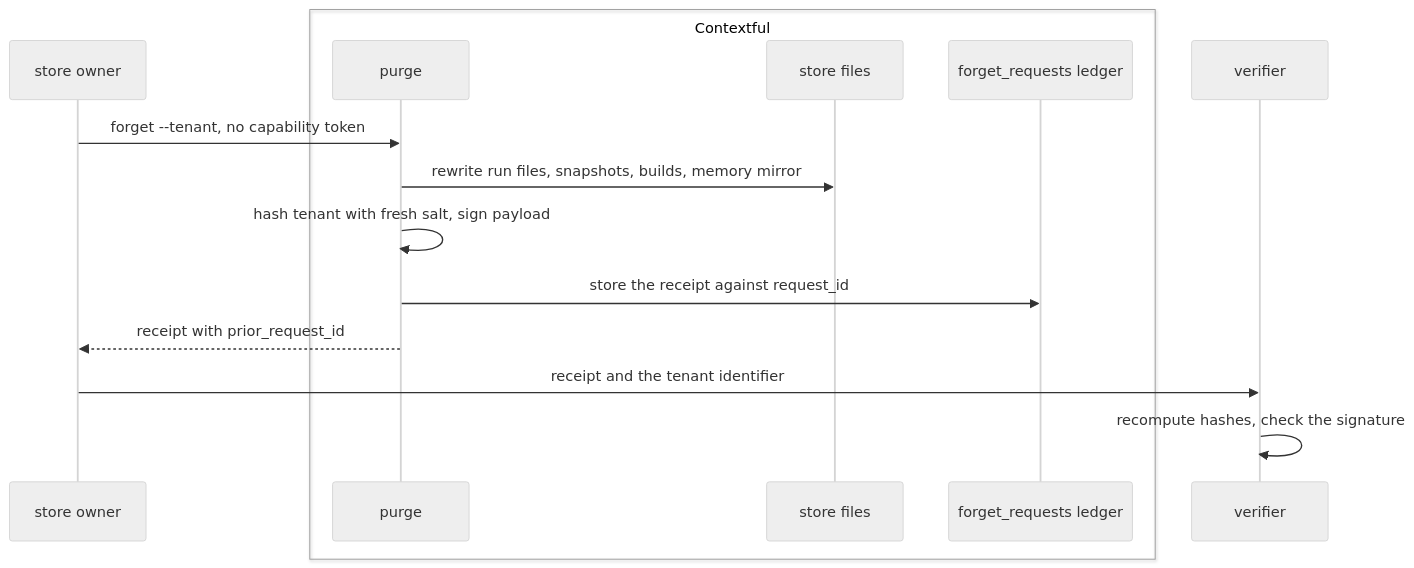
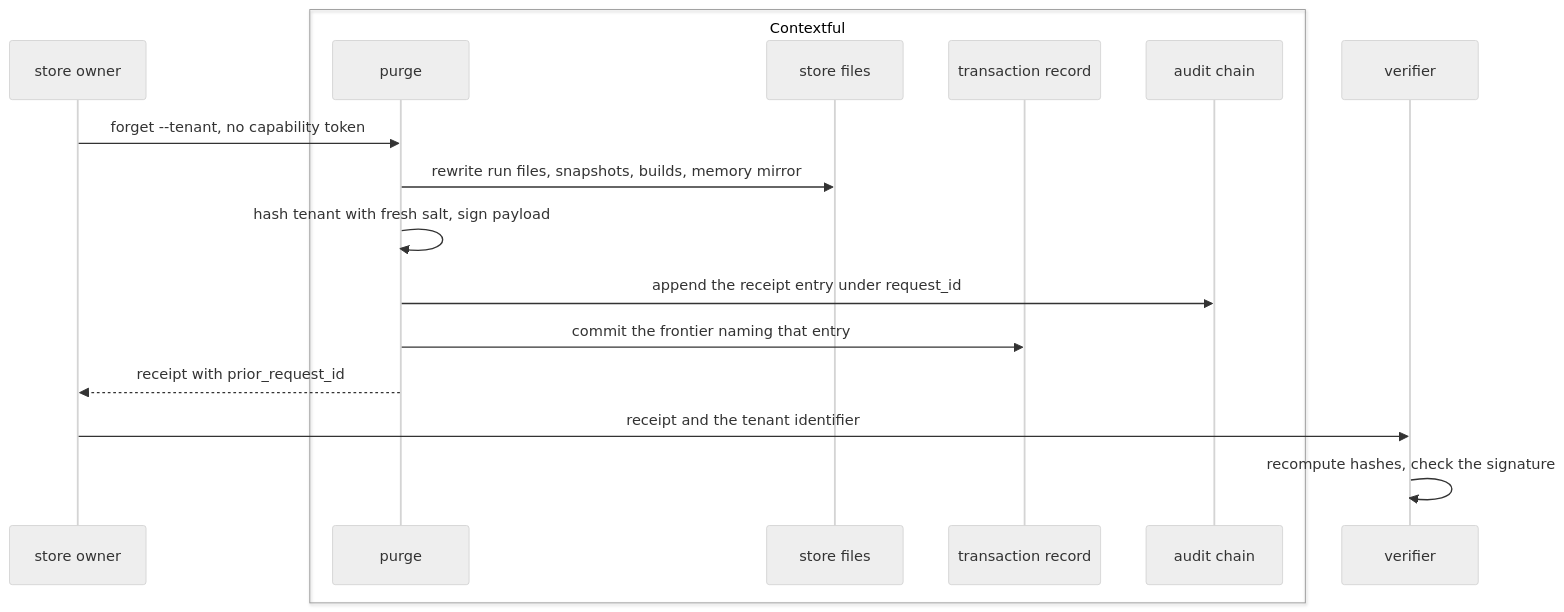
The fourth of 5 diagrams in spec/62-accountability.md (fractalboxdev/contextful), drawn with Mermaid (neutral theme) before and after one commit. The commit also changed other lines of this file and 5 other files, not shown here.

````diff
--- a/spec/62-accountability.md
+++ b/spec/62-accountability.md
@@ -289,17 +291,19 @@
 ```mermaid
 sequenceDiagram
     participant O as store owner
     box Contextful
         participant P as purge
         participant S as store files
-        participant L as forget_requests ledger
+        participant T as transaction record
+        participant L as audit chain
     end
     participant V as verifier
     O->>P: forget --tenant, no capability token
     P->>S: rewrite run files, snapshots, builds, memory mirror
     P->>P: hash tenant with fresh salt, sign payload
-    P->>L: store the receipt against request_id
+    P->>L: append the receipt entry under request_id
+    P->>T: commit the frontier naming that entry
     P-->>O: receipt with prior_request_id
     O->>V: receipt and the tenant identifier
     V->>V: recompute hashes, check the signature
 ```
````
